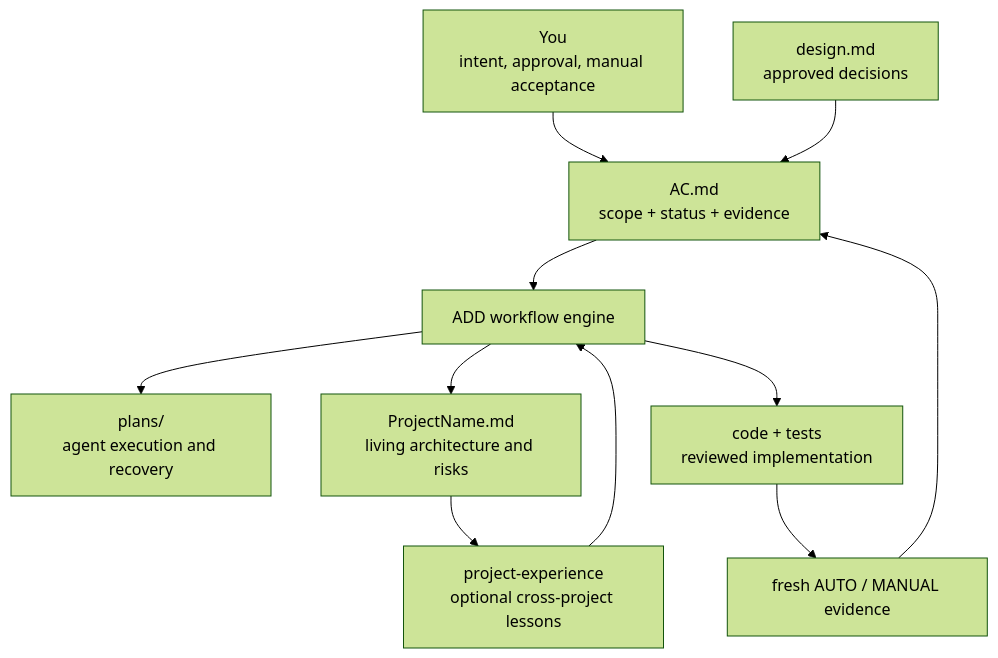
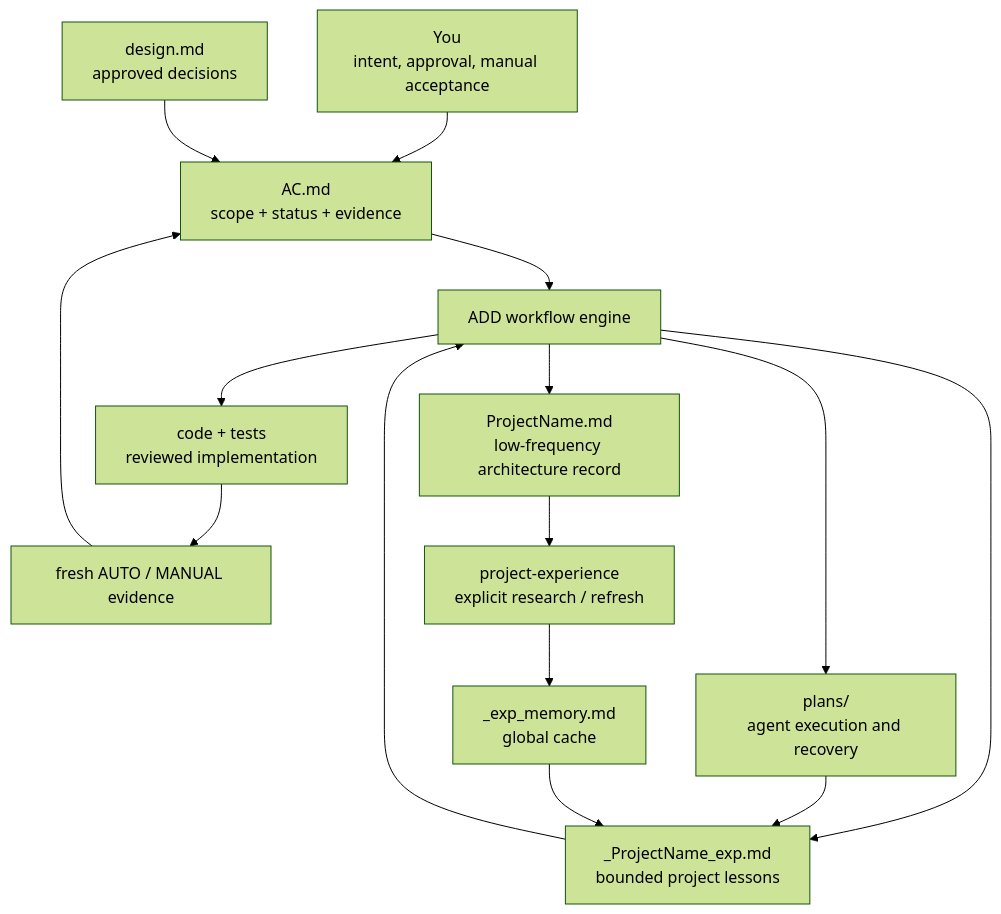
Before and after one commit to ZeusYue/acceptance-driven-development-skill: the third of 3 diagrams in README.md, drawn with Mermaid (forest theme). The commit also changed other lines of this file and 19 other files, not shown here.

````diff
--- a/README.md
+++ b/README.md
@@ -132,13 +132,17 @@
 ```mermaid
 flowchart TB
     USER["You<br/>intent, approval, manual acceptance"] --> AC["AC.md<br/>scope + status + evidence"]
     DESIGN["design.md<br/>approved decisions"] --> AC
     AC --> ADD["ADD workflow engine"]
     ADD --> PLAN["plans/<br/>agent execution and recovery"]
     ADD --> CODE["code + tests<br/>reviewed implementation"]
     CODE --> EVIDENCE["fresh AUTO / MANUAL evidence"]
     EVIDENCE --> AC
-    ADD --> PROJECT["ProjectName.md<br/>living architecture and risks"]
-    PROJECT --> EXPERIENCE["project-experience<br/>optional cross-project lessons"]
-    EXPERIENCE --> ADD
+    ADD --> CAPSULE["_ProjectName_exp.md<br/>bounded project lessons"]
+    PLAN --> CAPSULE
+    CAPSULE --> ADD
+    ADD --> PROJECT["ProjectName.md<br/>low-frequency architecture record"]
+    PROJECT --> EXPERIENCE["project-experience<br/>explicit research / refresh"]
+    EXPERIENCE --> GLOBAL["_exp_memory.md<br/>global cache"]
+    GLOBAL --> CAPSULE
 ```
````
